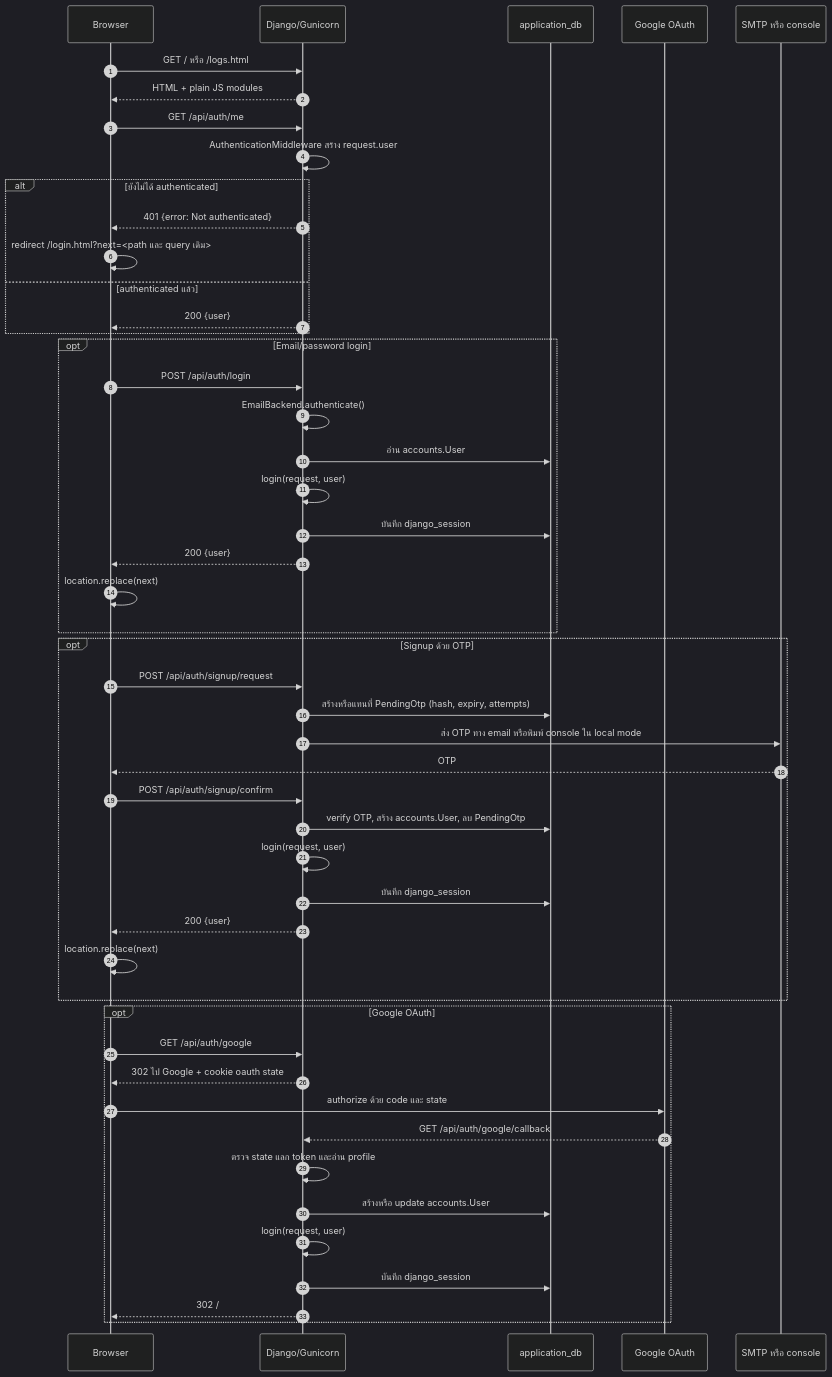
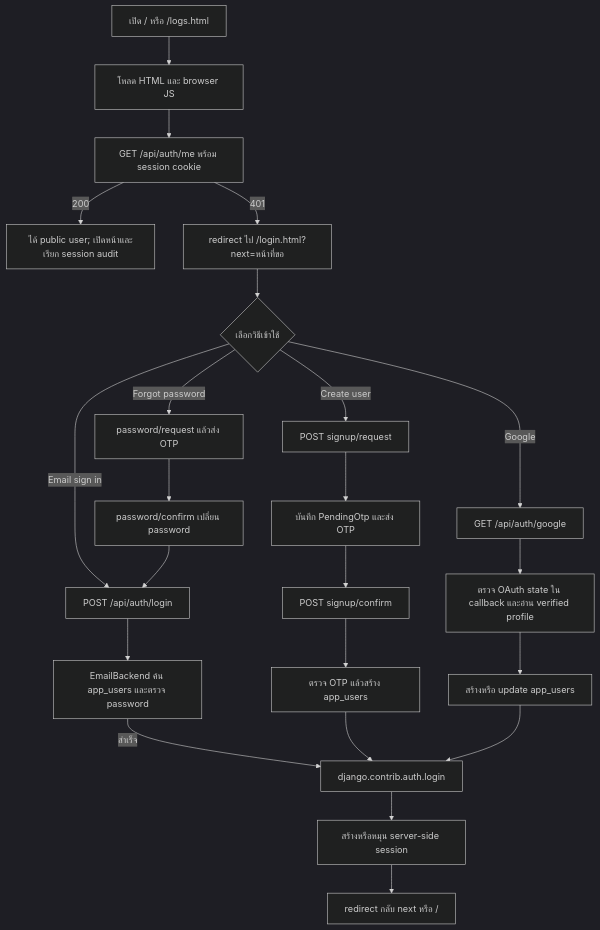
Before and after one commit to newntch/webapp-feasibility-study: the second of 5 diagrams in docs/design/project-overview.md, drawn with Mermaid (dark theme). The commit also changed other lines of this file and 46 other files, not shown here.

````diff
--- a/docs/design/project-overview.md
+++ b/docs/design/project-overview.md
@@ -74,56 +67,29 @@
 ```mermaid
-sequenceDiagram
-  autonumber
-  participant B as Browser
-  participant D as Django/Gunicorn
-  participant A as application_db
-  participant G as Google OAuth
-  participant E as SMTP หรือ console
+flowchart TD
+  A[เปิด / หรือ /logs.html] --> B[โหลด HTML และ browser JS]
+  B --> C[GET /api/auth/me พร้อม session cookie]
+  C -->|200| D[ได้ public user; เปิดหน้าและเรียก session audit]
+  C -->|401| E[redirect ไป /login.html?next=หน้าที่ขอ]
+  E --> F{เลือกวิธีเข้าใช้}
 
-  B->>D: GET / หรือ /logs.html
-  D-->>B: HTML + plain JS modules
-  B->>D: GET /api/auth/me
-  D->>D: AuthenticationMiddleware สร้าง request.user
+  F -->|Email sign in| G[POST /api/auth/login]
+  G --> H[EmailBackend ค้น app_users และตรวจ password]
+  H -->|สำเร็จ| I[django.contrib.auth.login]
+  I --> J[สร้างหรือหมุน server-side session]
+  J --> K[redirect กลับ next หรือ /]
 
-  alt ยังไม่ได้ authenticated
-    D-->>B: 401 {error: Not authenticated}
-    B->>B: redirect /login.html?next=<path และ query เดิม>
-  else authenticated แล้ว
-    D-->>B: 200 {user}
-  end
+  F -->|Create user| L[POST signup/request]
+  L --> M[บันทึก PendingOtp และส่ง OTP]
+  M --> N[POST signup/confirm]
+  N --> O[ตรวจ OTP แล้วสร้าง app_users]
+  O --> I
 
-  opt Email/password login
-    B->>D: POST /api/auth/login
-    D->>D: EmailBackend.authenticate()
-    D->>A: อ่าน accounts.User
-    D->>D: login(request, user)
-    D->>A: บันทึก django_session
-    D-->>B: 200 {user}
-    B->>B: location.replace(next)
-  end
+  F -->|Google| P[GET /api/auth/google]
+  P --> Q[ตรวจ OAuth state ใน callback และอ่าน verified profile]
+  Q --> R[สร้างหรือ update app_users]
+  R --> I
 
-  opt Signup ด้วย OTP
-    B->>D: POST /api/auth/signup/request
-    D->>A: สร้างหรือแทนที่ PendingOtp (hash, expiry, attempts)
-    D->>E: ส่ง OTP ทาง email หรือพิมพ์ console ใน local mode
-    E-->>B: OTP
-    B->>D: POST /api/auth/signup/confirm
-    D->>A: verify OTP, สร้าง accounts.User, ลบ PendingOtp
-    D->>D: login(request, user)
-    D->>A: บันทึก django_session
-    D-->>B: 200 {user}
-    B->>B: location.replace(next)
-  end
-
-  opt Google OAuth
-    B->>D: GET /api/auth/google
-    D-->>B: 302 ไป Google + cookie oauth state
-    B->>G: authorize ด้วย code และ state
-    G-->>D: GET /api/auth/google/callback
-    D->>D: ตรวจ state แลก token และอ่าน profile
-    D->>A: สร้างหรือ update accounts.User
-    D->>D: login(request, user)
-    D->>A: บันทึก django_session
-    D-->>B: 302 /
-  end
+  F -->|Forgot password| S[password/request แล้วส่ง OTP]
+  S --> T[password/confirm เปลี่ยน password]
+  T --> G
 ```
````
